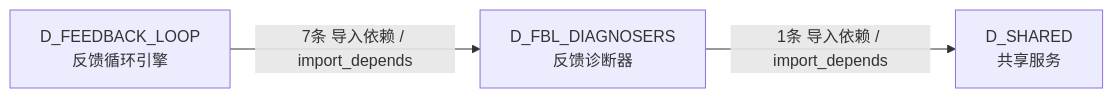
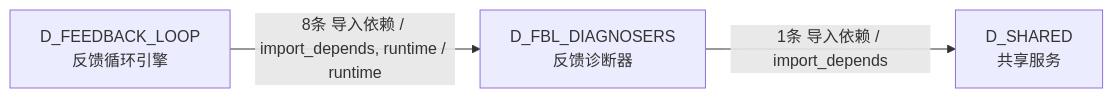
One commit to xuanFelixVan/ZephyrAlpha changed the sixth of 6 diagrams in docs/02_enterprise_architecture/02_domain_architecture_docs/12_d_fbl_diagnosers.md. Above: the diagram before and after it, drawn with Mermaid. The commit also changed other lines of this file and 87 other files, not shown here.

````diff
--- a/docs/02_enterprise_architecture/02_domain_architecture_docs/12_d_fbl_diagnosers.md
+++ b/docs/02_enterprise_architecture/02_domain_architecture_docs/12_d_fbl_diagnosers.md
@@ -423,8 +426,8 @@
 ```mermaid
 graph LR
     D_FBL_DIAGNOSERS["D_FBL_DIAGNOSERS<br/>反馈诊断器"]
     D_SHARED["D_SHARED<br/>共享服务"]
     D_FEEDBACK_LOOP["D_FEEDBACK_LOOP<br/>反馈循环引擎"]
     D_FBL_DIAGNOSERS -->|1条 导入依赖 / import_depends| D_SHARED
-    D_FEEDBACK_LOOP -->|7条 导入依赖 / import_depends| D_FBL_DIAGNOSERS
+    D_FEEDBACK_LOOP -->|8条 导入依赖 / import_depends, runtime / runtime| D_FBL_DIAGNOSERS
 ```
````
